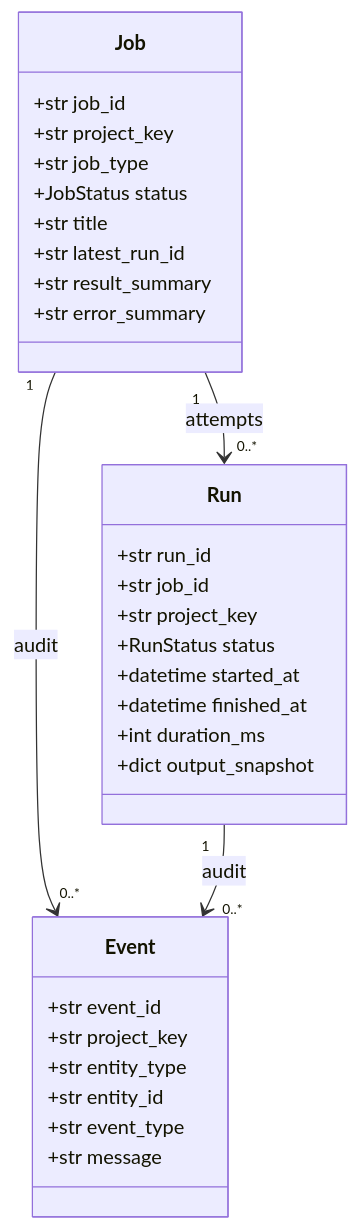
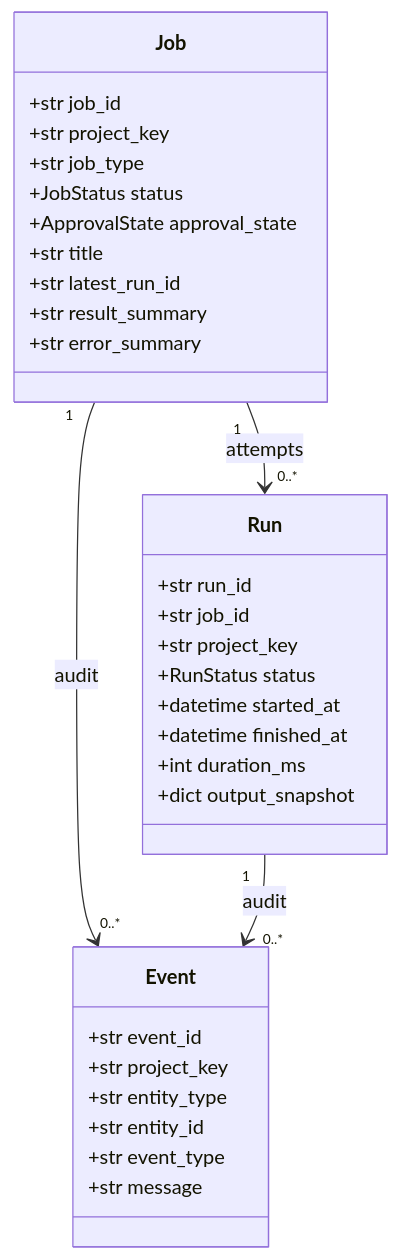
One commit to emanuelschille/operator-core-public changed the seventh of 7 diagrams in docs/02-architecture-overview.md. Above: the diagram before and after it, drawn with Mermaid. The commit also changed other lines of this file and 6 other files, not shown here.

````diff
--- a/docs/02-architecture-overview.md
+++ b/docs/02-architecture-overview.md
@@ -245,34 +291,35 @@
 ```mermaid
 classDiagram
     class Job {
       +str job_id
       +str project_key
       +str job_type
       +JobStatus status
+      +ApprovalState approval_state
       +str title
       +str latest_run_id
       +str result_summary
       +str error_summary
     }
     class Run {
       +str run_id
       +str job_id
       +str project_key
       +RunStatus status
       +datetime started_at
       +datetime finished_at
       +int duration_ms
       +dict output_snapshot
     }
     class Event {
       +str event_id
       +str project_key
       +str entity_type
       +str entity_id
       +str event_type
       +str message
     }
     Job "1" --> "0..*" Run : attempts
     Job "1" --> "0..*" Event : audit
     Run "1" --> "0..*" Event : audit
 ```
````
